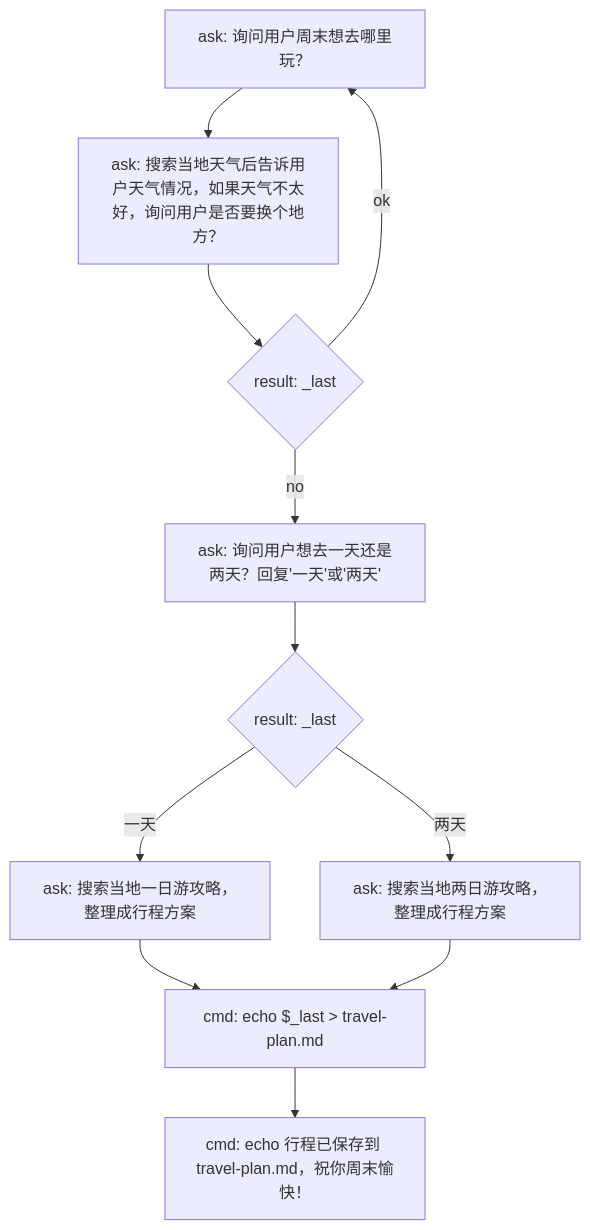
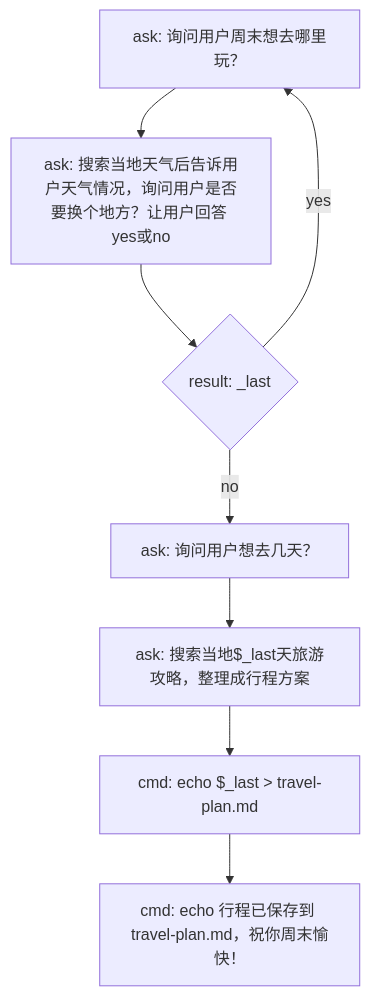
The diagram in mermaid-compiler/examples/weekend-trip.mmd (JackieAnxis/YieldAgent), drawn with Mermaid before and after one commit.

Commit message:
refactor(流程图): 简化周末旅行流程图逻辑
移除冗余分支，合并相似功能节点
使用变量$_last统一处理天数输入

```diff
--- a/mermaid-compiler/examples/weekend-trip.mmd
+++ b/mermaid-compiler/examples/weekend-trip.mmd
@@ -1,11 +1,8 @@
 flowchart TD
-    A[ask: 询问用户周末想去哪里玩？] --> B[ask: 搜索当地天气后告诉用户天气情况，如果天气不太好，询问用户是否要换个地方？]
+    A[ask: 询问用户周末想去哪里玩？] --> B[ask: 搜索当地天气后告诉用户天气情况，询问用户是否要换个地方？让用户回答 yes或no]
     B --> C{result: _last}
-    C -->|ok| A
-    C -->|no| F[ask: 询问用户想去一天还是两天？回复'一天'或'两天']
-    F --> G{result: _last}
-    G -->|一天| H[ask: 搜索当地一日游攻略，整理成行程方案]
-    G -->|两天| I[ask: 搜索当地两日游攻略，整理成行程方案]
+    C -->|yes| A
+    C -->|no| F[ask: 询问用户想去几天？]
+    F --> H[ask: 搜索当地$_last天旅游攻略，整理成行程方案]
     H --> J[cmd: echo $_last > travel-plan.md]
-    I --> J
     J --> K[cmd: echo 行程已保存到 travel-plan.md，祝你周末愉快！]
```
